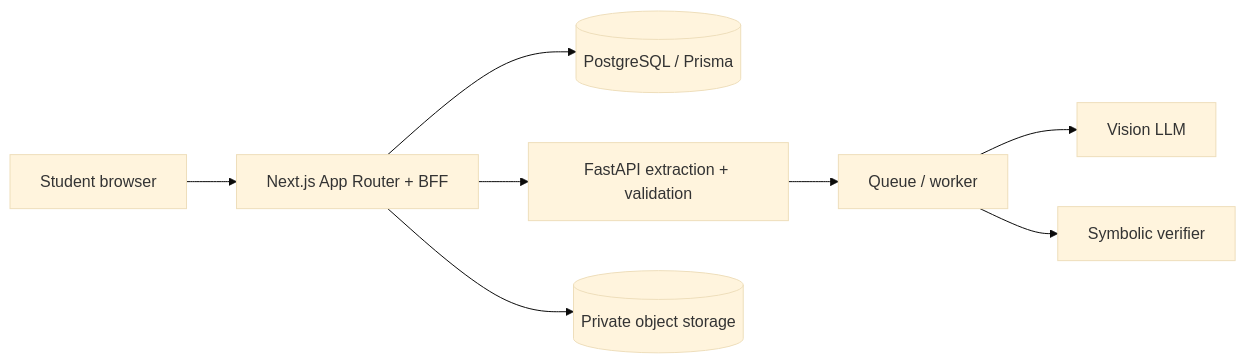
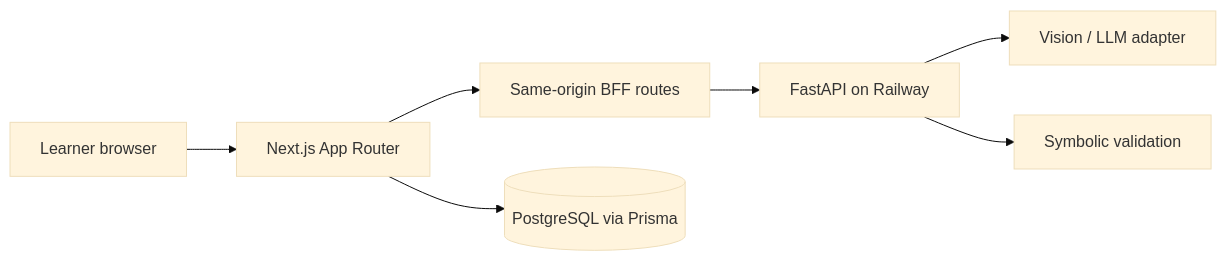
The diagram in README.md (soham-laha/TargetJEE), drawn with Mermaid (base theme) before and after one commit. The commit also changed other lines of this file and 4 other files, not shown here.

````diff
--- a/README.md
+++ b/README.md
@@ -66,10 +147,9 @@
 ```mermaid
 flowchart LR
-  U[Student browser] --> N[Next.js App Router + BFF]
-  N --> P[(PostgreSQL / Prisma)]
-  N --> F[FastAPI extraction + validation]
-  F --> Q[Queue / worker]
-  Q --> V[Vision LLM]
-  Q --> S[Symbolic verifier]
-  N --> O[(Private object storage)]
+  L[Learner browser] --> N[Next.js App Router]
+  N --> B[Same-origin BFF routes]
+  B --> F[FastAPI on Railway]
+  F --> V[Vision / LLM adapter]
+  F --> S[Symbolic validation]
+  N --> P[(PostgreSQL via Prisma)]
 ```
````
